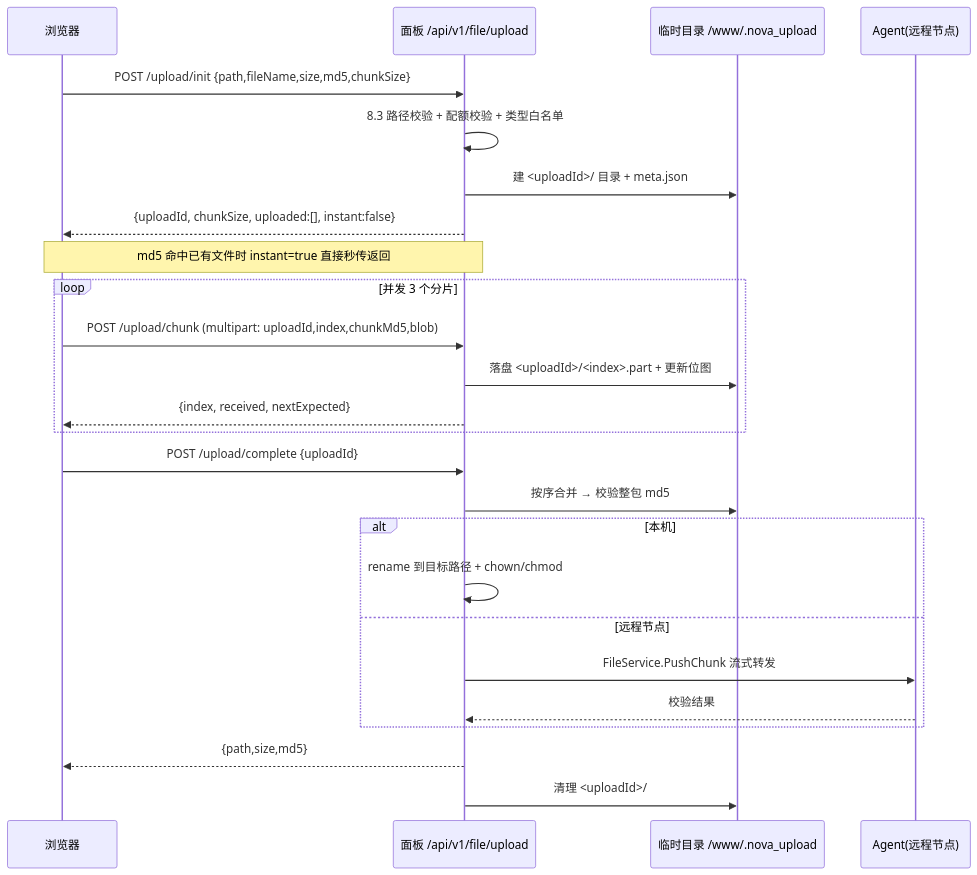
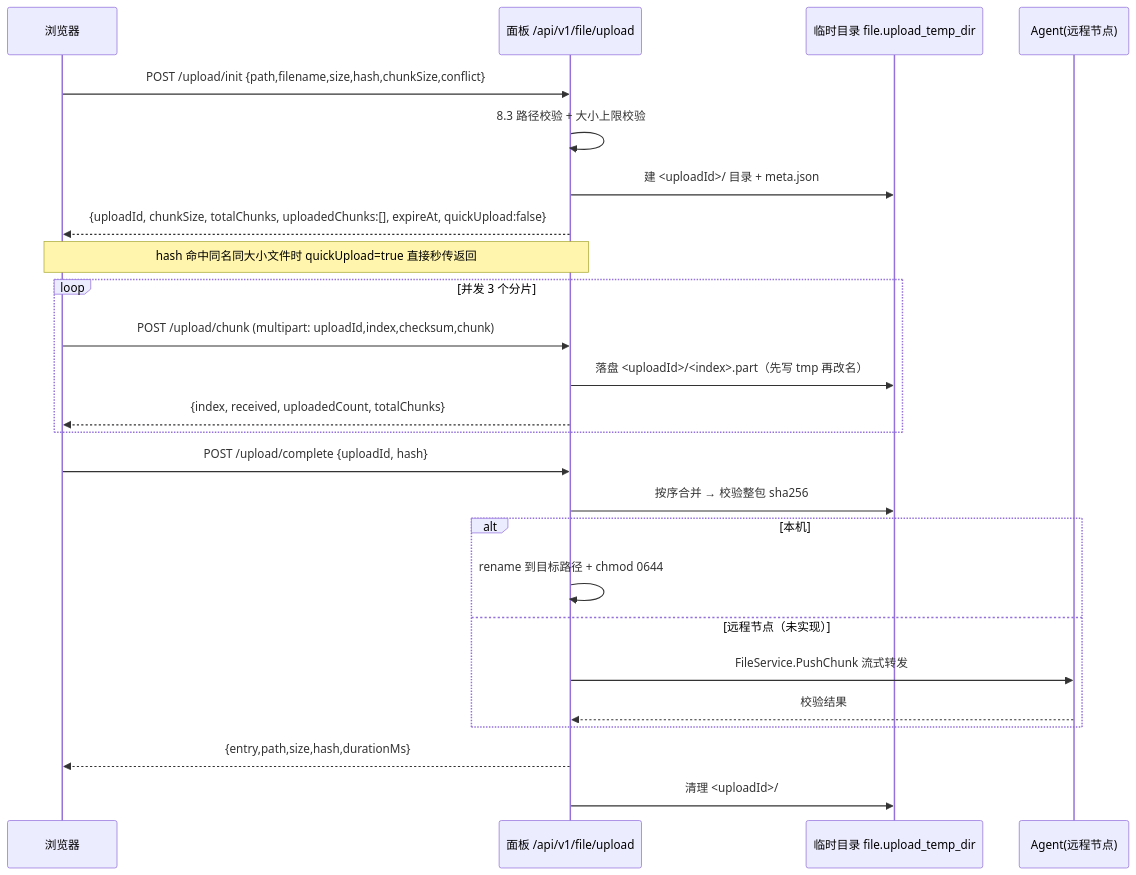
Before and after one commit to Austin128/BHmb: the second of 5 diagrams in docs/08-文件管理与WebSSH.md, drawn with Mermaid. The commit also changed other lines of this file and 3 other files, not shown here.

````diff
--- a/docs/08-文件管理与WebSSH.md
+++ b/docs/08-文件管理与WebSSH.md
@@ -457,27 +457,27 @@
 ```mermaid
 sequenceDiagram
     participant B as 浏览器
     participant P as 面板 /api/v1/file/upload
-    participant D as 临时目录 /www/.nova_upload
+    participant D as 临时目录 file.upload_temp_dir
     participant A as Agent(远程节点)
-    B->>P: POST /upload/init {path,fileName,size,md5,chunkSize}
-    P->>P: 8.3 路径校验 + 配额校验 + 类型白名单
+    B->>P: POST /upload/init {path,filename,size,hash,chunkSize,conflict}
+    P->>P: 8.3 路径校验 + 大小上限校验
     P->>D: 建 <uploadId>/ 目录 + meta.json
-    P-->>B: {uploadId, chunkSize, uploaded:[], instant:false}
-    Note over B,P: md5 命中已有文件时 instant=true 直接秒传返回
+    P-->>B: {uploadId, chunkSize, totalChunks, uploadedChunks:[], expireAt, quickUpload:false}
+    Note over B,P: hash 命中同名同大小文件时 quickUpload=true 直接秒传返回
     loop 并发 3 个分片
-        B->>P: POST /upload/chunk (multipart: uploadId,index,chunkMd5,blob)
-        P->>D: 落盘 <uploadId>/<index>.part + 更新位图
-        P-->>B: {index, received, nextExpected}
+        B->>P: POST /upload/chunk (multipart: uploadId,index,checksum,chunk)
+        P->>D: 落盘 <uploadId>/<index>.part（先写 tmp 再改名）
+        P-->>B: {index, received, uploadedCount, totalChunks}
     end
-    B->>P: POST /upload/complete {uploadId}
-    P->>D: 按序合并 → 校验整包 md5
+    B->>P: POST /upload/complete {uploadId, hash}
+    P->>D: 按序合并 → 校验整包 sha256
     alt 本机
-        P->>P: rename 到目标路径 + chown/chmod
-    else 远程节点
+        P->>P: rename 到目标路径 + chmod 0644
+    else 远程节点（未实现）
         P->>A: FileService.PushChunk 流式转发
         A-->>P: 校验结果
     end
-    P-->>B: {path,size,md5}
+    P-->>B: {entry,path,size,hash,durationMs}
     P->>D: 清理 <uploadId>/
 ```
````
